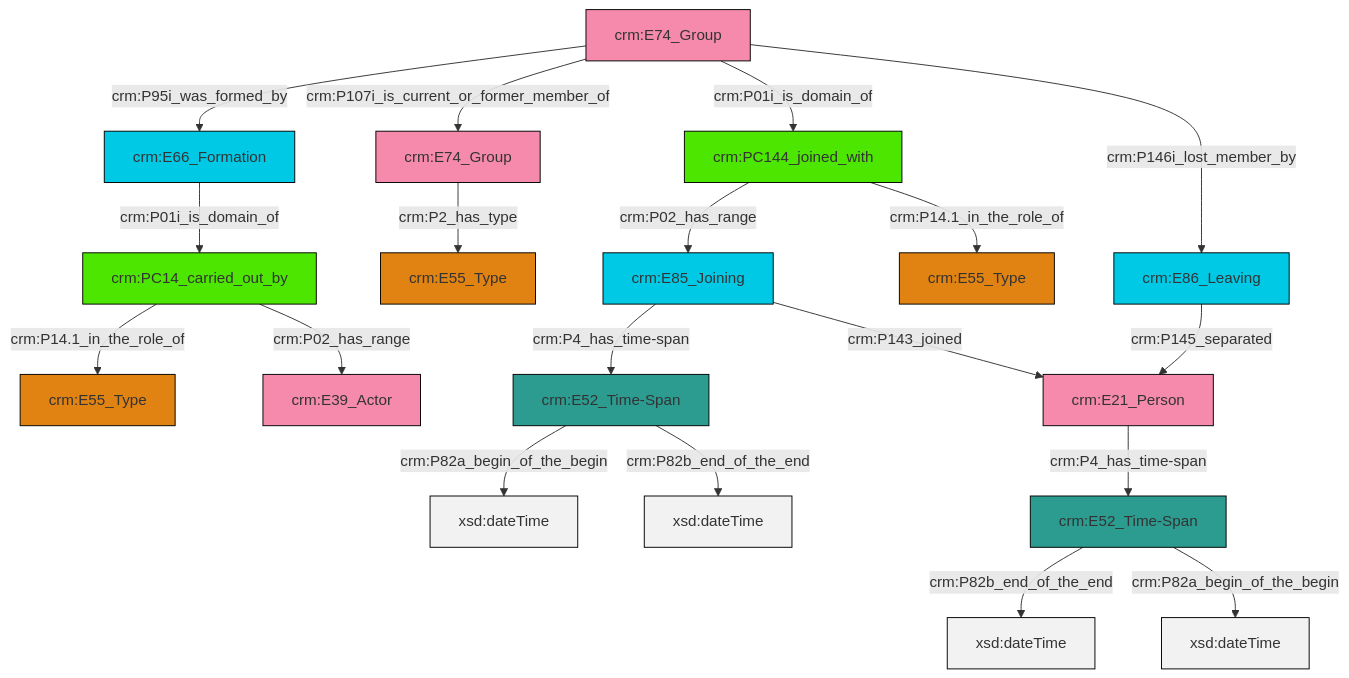
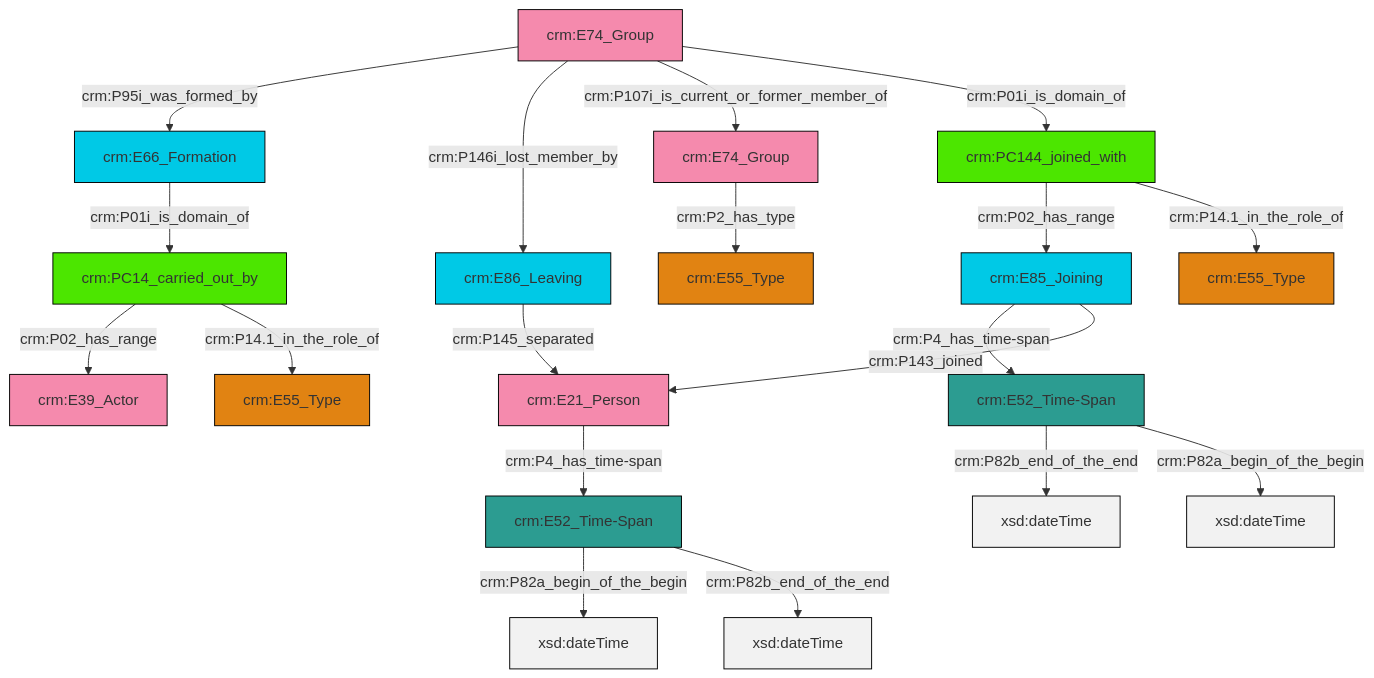
Before and after one commit to swiss-art-research-net/docs.swissartresearch: the diagram in et/groupCSV/ttl/mmd/group_actor_relations.ttl.mmd, drawn with Mermaid. The commit also changed 175 other files, not shown here.

```diff
--- a/et/groupCSV/ttl/mmd/group_actor_relations.ttl.mmd
+++ b/et/groupCSV/ttl/mmd/group_actor_relations.ttl.mmd
@@ -1,33 +1,33 @@
 graph TD
 classDef Literal fill:#f2f2f2,stroke:#000000;
 classDef CRM_Entity fill:#FFFFFF,stroke:#000000;
 classDef Temporal_Entity fill:#00C9E6, stroke:#000000;
 classDef Type fill:#E18312, stroke:#000000;
 classDef Time-Span fill:#2C9C91, stroke:#000000;
 classDef Appellation fill:#FFEB7F, stroke:#000000;
 classDef Place fill:#008836, stroke:#000000;
 classDef Persistent_Item fill:#B266B2, stroke:#000000;
 classDef Conceptual_Object fill:#FFD700, stroke:#000000;
 classDef Physical_Thing fill:#D2B48C, stroke:#000000;
 classDef Actor fill:#f58aad, stroke:#000000;
 classDef PC_Classes fill:#4ce600, stroke:#000000;
 classDef Multi fill:#cccccc,stroke:#000000;
 
-0["crm:E21_Person"]:::Actor -->|crm:P4_has_time-span| 1["crm:E52_Time-Span"]:::Time-Span
-4["crm:E74_Group"]:::Actor -->|crm:P95i_was_formed_by| 2["crm:E66_Formation"]:::Temporal_Entity
-4["crm:E74_Group"]:::Actor -->|crm:P107i_is_current_or_former_member_of| 8["crm:E74_Group"]:::Actor
-9["crm:PC14_carried_out_by"]:::PC_Classes -->|crm:P14.1_in_the_role_of| 5["crm:E55_Type"]:::Type
-12["crm:E86_Leaving"]:::Temporal_Entity -->|crm:P145_separated| 0["crm:E21_Person"]:::Actor
-1["crm:E52_Time-Span"]:::Time-Span -->|crm:P82b_end_of_the_end| 18[xsd:dateTime]:::Literal
-19["crm:PC144_joined_with"]:::PC_Classes -->|crm:P02_has_range| 20["crm:E85_Joining"]:::Temporal_Entity
-8["crm:E74_Group"]:::Actor -->|crm:P2_has_type| 16["crm:E55_Type"]:::Type
-1["crm:E52_Time-Span"]:::Time-Span -->|crm:P82a_begin_of_the_begin| 21[xsd:dateTime]:::Literal
-20["crm:E85_Joining"]:::Temporal_Entity -->|crm:P4_has_time-span| 14["crm:E52_Time-Span"]:::Time-Span
-2["crm:E66_Formation"]:::Temporal_Entity -->|crm:P01i_is_domain_of| 9["crm:PC14_carried_out_by"]:::PC_Classes
-9["crm:PC14_carried_out_by"]:::PC_Classes -->|crm:P02_has_range| 25["crm:E39_Actor"]:::Actor
-19["crm:PC144_joined_with"]:::PC_Classes -->|crm:P14.1_in_the_role_of| 10["crm:E55_Type"]:::Type
-4["crm:E74_Group"]:::Actor -->|crm:P01i_is_domain_of| 19["crm:PC144_joined_with"]:::PC_Classes
-14["crm:E52_Time-Span"]:::Time-Span -->|crm:P82a_begin_of_the_begin| 30[xsd:dateTime]:::Literal
-20["crm:E85_Joining"]:::Temporal_Entity -->|crm:P143_joined| 0["crm:E21_Person"]:::Actor
-4["crm:E74_Group"]:::Actor -->|crm:P146i_lost_member_by| 12["crm:E86_Leaving"]:::Temporal_Entity
-14["crm:E52_Time-Span"]:::Time-Span -->|crm:P82b_end_of_the_end| 34[xsd:dateTime]:::Literal
+0["crm:E74_Group"]:::Actor -->|crm:P95i_was_formed_by| 1["crm:E66_Formation"]:::Temporal_Entity
+4["crm:E21_Person"]:::Actor -->|crm:P4_has_time-span| 2["crm:E52_Time-Span"]:::Time-Span
+5["crm:E85_Joining"]:::Temporal_Entity -->|crm:P4_has_time-span| 6["crm:E52_Time-Span"]:::Time-Span
+8["crm:E74_Group"]:::Actor -->|crm:P2_has_type| 9["crm:E55_Type"]:::Type
+2["crm:E52_Time-Span"]:::Time-Span -->|crm:P82a_begin_of_the_begin| 10[xsd:dateTime]:::Literal
+6["crm:E52_Time-Span"]:::Time-Span -->|crm:P82b_end_of_the_end| 13[xsd:dateTime]:::Literal
+15["crm:PC144_joined_with"]:::PC_Classes -->|crm:P02_has_range| 5["crm:E85_Joining"]:::Temporal_Entity
+0["crm:E74_Group"]:::Actor -->|crm:P146i_lost_member_by| 11["crm:E86_Leaving"]:::Temporal_Entity
+5["crm:E85_Joining"]:::Temporal_Entity -->|crm:P143_joined| 4["crm:E21_Person"]:::Actor
+26["crm:PC14_carried_out_by"]:::PC_Classes -->|crm:P02_has_range| 17["crm:E39_Actor"]:::Actor
+0["crm:E74_Group"]:::Actor -->|crm:P107i_is_current_or_former_member_of| 8["crm:E74_Group"]:::Actor
+2["crm:E52_Time-Span"]:::Time-Span -->|crm:P82b_end_of_the_end| 31[xsd:dateTime]:::Literal
+1["crm:E66_Formation"]:::Temporal_Entity -->|crm:P01i_is_domain_of| 26["crm:PC14_carried_out_by"]:::PC_Classes
+0["crm:E74_Group"]:::Actor -->|crm:P01i_is_domain_of| 15["crm:PC144_joined_with"]:::PC_Classes
+26["crm:PC14_carried_out_by"]:::PC_Classes -->|crm:P14.1_in_the_role_of| 19["crm:E55_Type"]:::Type
+11["crm:E86_Leaving"]:::Temporal_Entity -->|crm:P145_separated| 4["crm:E21_Person"]:::Actor
+15["crm:PC144_joined_with"]:::PC_Classes -->|crm:P14.1_in_the_role_of| 29["crm:E55_Type"]:::Type
+6["crm:E52_Time-Span"]:::Time-Span -->|crm:P82a_begin_of_the_begin| 34[xsd:dateTime]:::Literal
```
